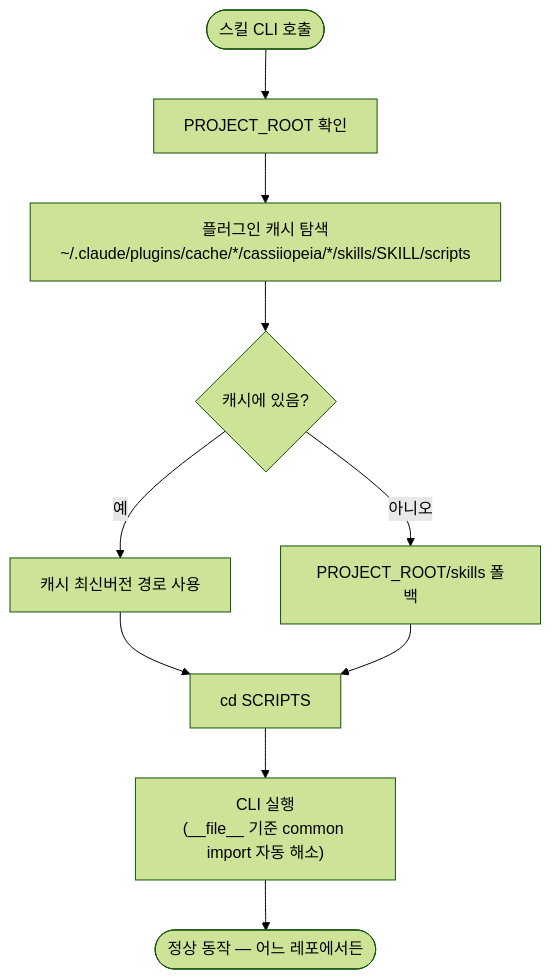
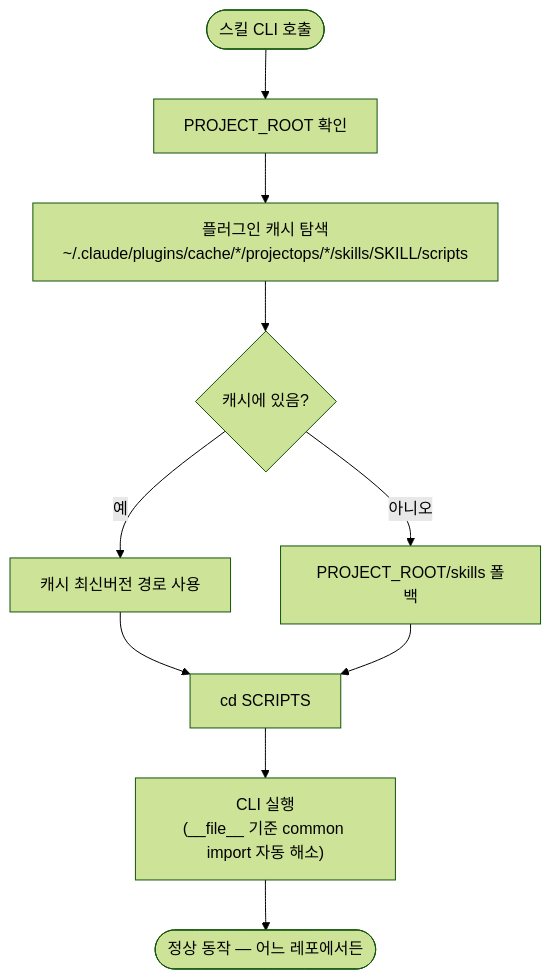
The diagram in docs/projectops/report/20260616_386_스킬_스크립트_경로_캐시_우선_탐색.md (Cassiiopeia/SUH-DEVOPS-TEMPLATE), drawn with Mermaid (forest theme) before and after one commit. The commit also changed other lines of this file and 171 other files, not shown here.

````diff
--- a/docs/projectops/report/20260616_386_스킬_스크립트_경로_캐시_우선_탐색.md
+++ b/docs/projectops/report/20260616_386_스킬_스크립트_경로_캐시_우선_탐색.md
@@ -9,12 +9,12 @@
 ```mermaid
 flowchart TD
     A(["스킬 CLI 호출"]) --> B["PROJECT_ROOT 확인"]
-    B --> C["플러그인 캐시 탐색<br/>~/.claude/plugins/cache/*/cassiiopeia/*/skills/SKILL/scripts"]
+    B --> C["플러그인 캐시 탐색<br/>~/.claude/plugins/cache/*/projectops/*/skills/SKILL/scripts"]
     C --> D{"캐시에 있음?"}
     D -->|예| E["캐시 최신버전 경로 사용"]
     D -->|아니오| F["PROJECT_ROOT/skills 폴백"]
     E --> G["cd SCRIPTS"]
     F --> G
     G --> H["CLI 실행<br/>(__file__ 기준 common import 자동 해소)"]
     H --> I(["정상 동작 — 어느 레포에서든"])
 ```
````
